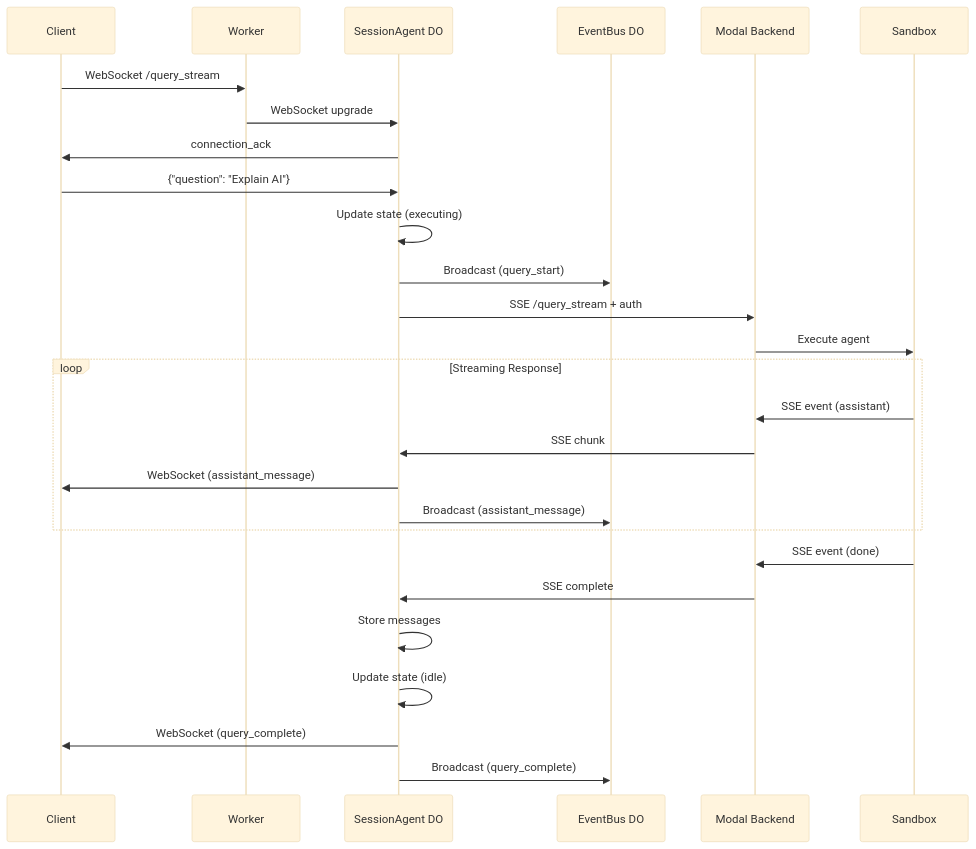
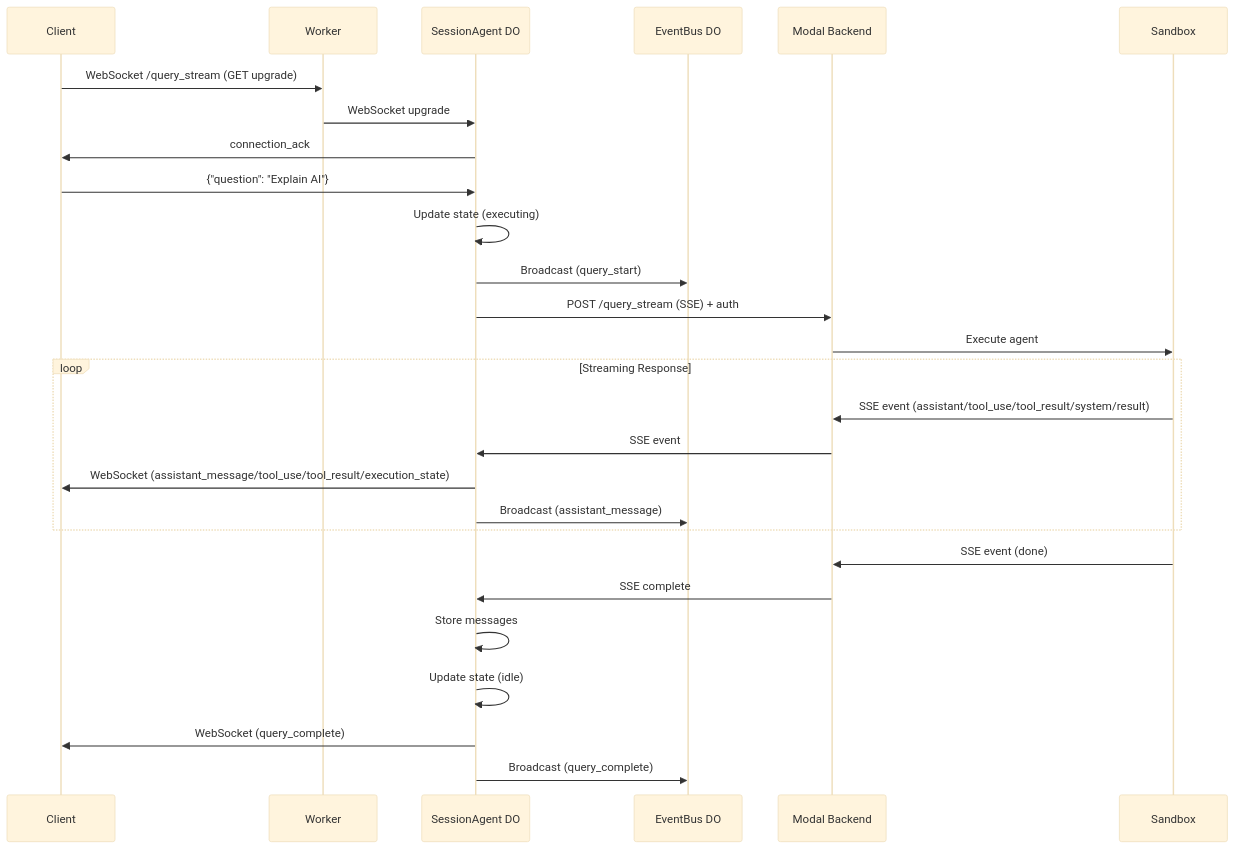
Before and after one commit to ibby-ai/rafiki: the third of 5 diagrams in docs/cloudflare-architecture.md, drawn with Mermaid (base theme). The commit also changed other lines of this file and 4 other files, not shown here.

````diff
--- a/docs/cloudflare-architecture.md
+++ b/docs/cloudflare-architecture.md
@@ -373,36 +372,36 @@
 ```mermaid
 sequenceDiagram
     participant Client
     participant Worker
     participant SessionDO as SessionAgent DO
     participant EventBus as EventBus DO
     participant Modal as Modal Backend
     participant Sandbox
 
-    Client->>Worker: WebSocket /query_stream
+    Client->>Worker: WebSocket /query_stream (GET upgrade)
     Worker->>SessionDO: WebSocket upgrade
     SessionDO->>Client: connection_ack
 
     Client->>SessionDO: {"question": "Explain AI"}
 
     SessionDO->>SessionDO: Update state (executing)
     SessionDO->>EventBus: Broadcast (query_start)
 
-    SessionDO->>Modal: SSE /query_stream + auth
+    SessionDO->>Modal: POST /query_stream (SSE) + auth
     Modal->>Sandbox: Execute agent
 
     loop Streaming Response
-        Sandbox->>Modal: SSE event (assistant)
-        Modal->>SessionDO: SSE chunk
-        SessionDO->>Client: WebSocket (assistant_message)
+        Sandbox->>Modal: SSE event (assistant/tool_use/tool_result/system/result)
+        Modal->>SessionDO: SSE event
+        SessionDO->>Client: WebSocket (assistant_message/tool_use/tool_result/execution_state)
         SessionDO->>EventBus: Broadcast (assistant_message)
     end
 
     Sandbox->>Modal: SSE event (done)
     Modal->>SessionDO: SSE complete
 
     SessionDO->>SessionDO: Store messages
     SessionDO->>SessionDO: Update state (idle)
     SessionDO->>Client: WebSocket (query_complete)
     SessionDO->>EventBus: Broadcast (query_complete)
 ```
````
